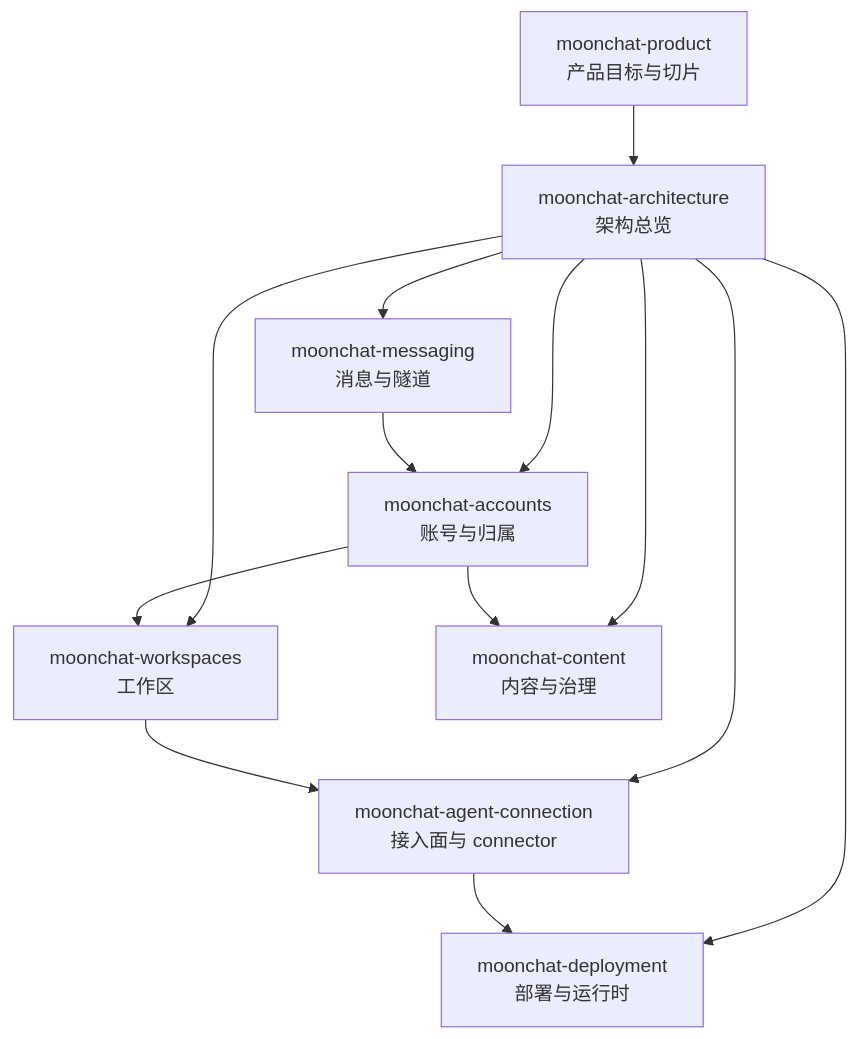
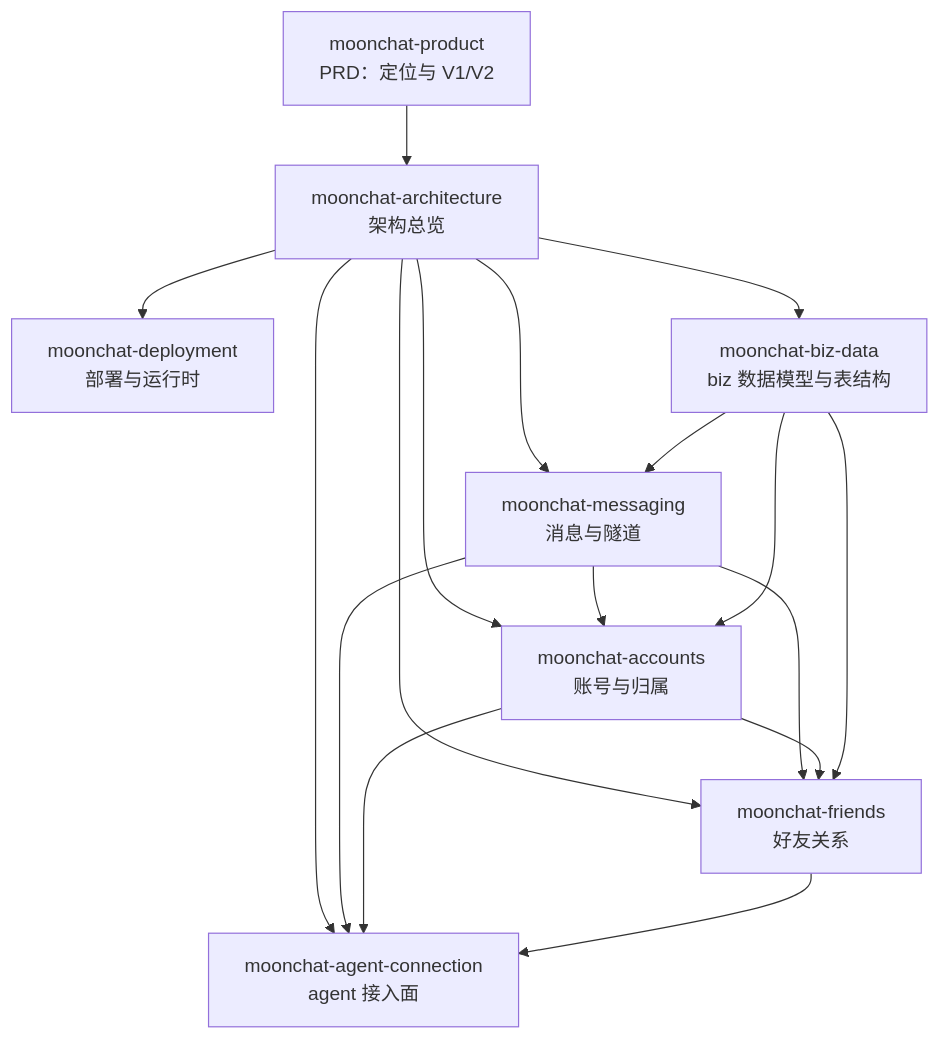
One commit to flssr/moonchat changed the diagram in docs/README.md. Above: the diagram before and after it, drawn with Mermaid. The commit also changed other lines of this file and 13 other files, not shown here.

````diff
--- a/docs/README.md
+++ b/docs/README.md
@@ -24,24 +24,28 @@
 ```mermaid
 graph TD
-  P["moonchat-product<br/>产品目标与切片"]
+  P["moonchat-product<br/>PRD：定位与 V1/V2"]
   A["moonchat-architecture<br/>架构总览"]
   M["moonchat-messaging<br/>消息与隧道"]
   AC["moonchat-accounts<br/>账号与归属"]
-  W["moonchat-workspaces<br/>工作区"]
-  AG["moonchat-agent-connection<br/>接入面与 connector"]
-  C["moonchat-content<br/>内容与治理"]
+  F["moonchat-friends<br/>好友关系"]
+  AG["moonchat-agent-connection<br/>agent 接入面"]
   D["moonchat-deployment<br/>部署与运行时"]
+  BD["moonchat-biz-data<br/>biz 数据模型与表结构"]
 
   P --> A
   A --> M
   A --> AC
-  A --> W
+  A --> F
   A --> AG
-  A --> C
   A --> D
   M --> AC
-  AC --> W
-  W --> AG
-  AC --> C
-  AG --> D
+  M --> F
+  M --> AG
+  AC --> F
+  AC --> AG
+  F --> AG
+  A --> BD
+  BD --> M
+  BD --> AC
+  BD --> F
 ```
````
